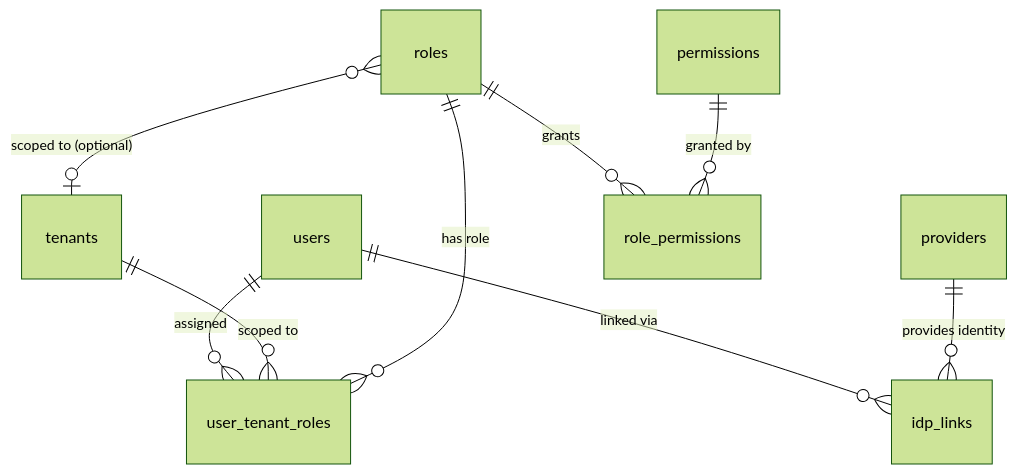
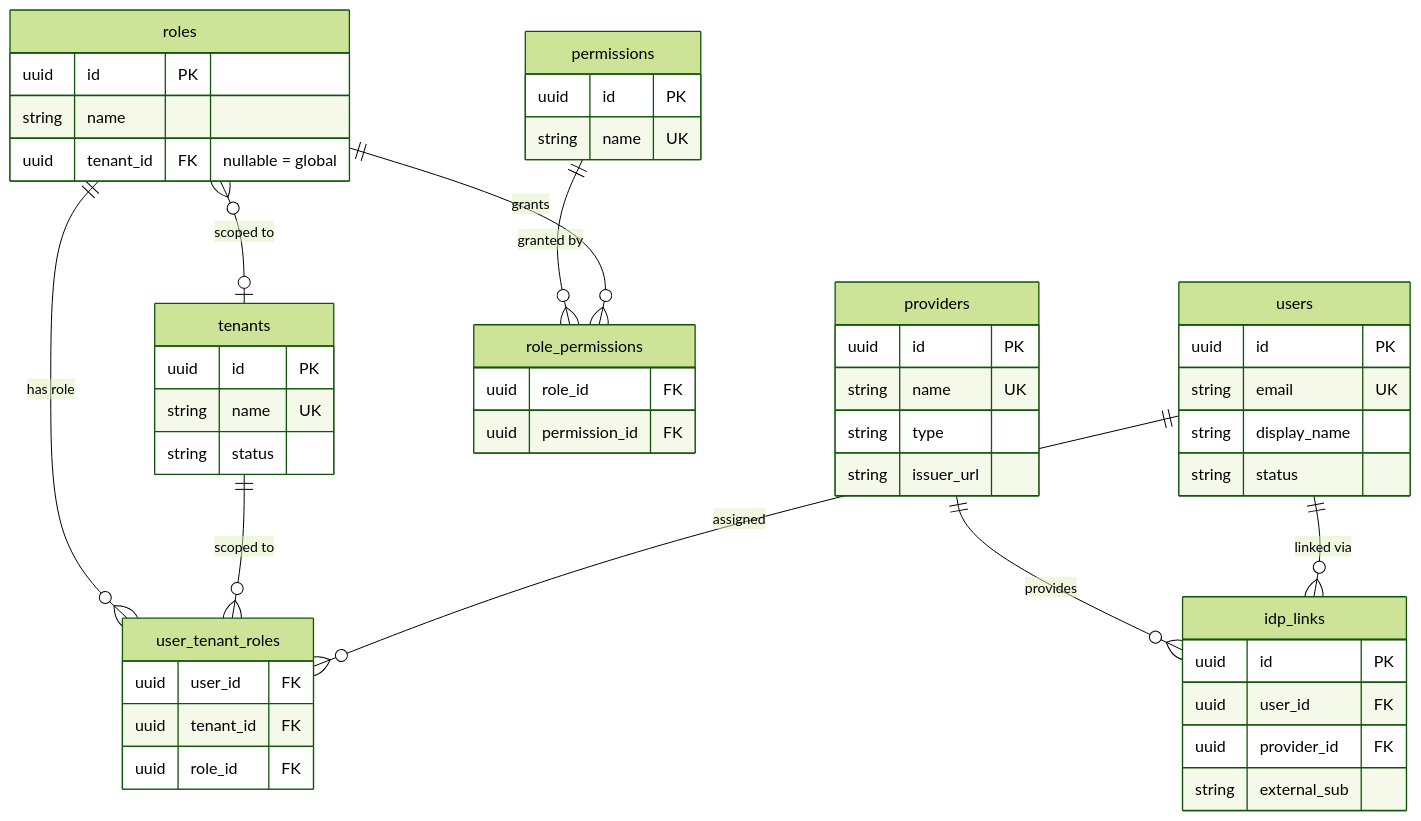
One commit to jamescrowley321/identity-stack-planning changed the third of 4 diagrams in README.md. Above: the diagram before and after it, drawn with Mermaid (forest theme). The commit also changed 1 other file, not shown here.

Commit message:
docs: fix system context and ER diagrams
- Replace C4Context diagram (poorly supported on GitHub) with standard
  graph TB using workspace/external subgraphs
- Add entity fields to README ER diagram (PK/FK/UK markers, key
  columns for each table)

````diff
--- a/README.md
+++ b/README.md
@@ -199,11 +199,53 @@
 ```mermaid
 erDiagram
+    users {
+        uuid id PK
+        string email UK
+        string display_name
+        string status
+    }
+    tenants {
+        uuid id PK
+        string name UK
+        string status
+    }
+    roles {
+        uuid id PK
+        string name
+        uuid tenant_id FK "nullable = global"
+    }
+    permissions {
+        uuid id PK
+        string name UK
+    }
+    role_permissions {
+        uuid role_id FK
+        uuid permission_id FK
+    }
+    user_tenant_roles {
+        uuid user_id FK
+        uuid tenant_id FK
+        uuid role_id FK
+    }
+    idp_links {
+        uuid id PK
+        uuid user_id FK
+        uuid provider_id FK
+        string external_sub
+    }
+    providers {
+        uuid id PK
+        string name UK
+        string type
+        string issuer_url
+    }
+
     users ||--o{ idp_links : "linked via"
-    providers ||--o{ idp_links : "provides identity"
+    providers ||--o{ idp_links : "provides"
     users ||--o{ user_tenant_roles : "assigned"
     tenants ||--o{ user_tenant_roles : "scoped to"
     roles ||--o{ user_tenant_roles : "has role"
     roles ||--o{ role_permissions : "grants"
     permissions ||--o{ role_permissions : "granted by"
-    roles }o--o| tenants : "scoped to (optional)"
+    roles }o--o| tenants : "scoped to"
 ```
````
